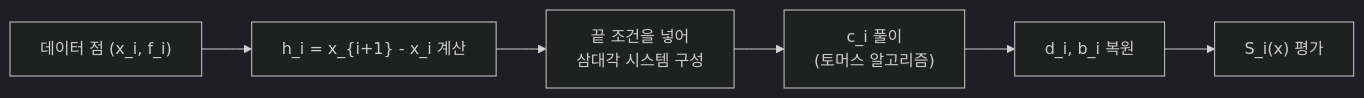
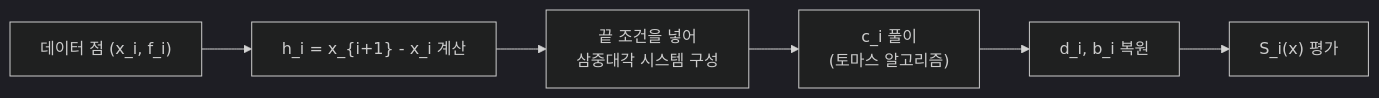
The diagram in Lecture-Notes/Ch18_Splines/Concepts_Lecture.ko.md (Choroning/26Spring_Numerical-Analysis), drawn with Mermaid (dark theme) before and after one commit. The commit also changed other lines of this file and 69 other files, not shown here.

````diff
--- a/Lecture-Notes/Ch18_Splines/Concepts_Lecture.ko.md
+++ b/Lecture-Notes/Ch18_Splines/Concepts_Lecture.ko.md
@@ -500,8 +500,8 @@
 ```mermaid
 flowchart LR
     A["데이터 점 (x_i, f_i)"] --> B["h_i = x_{i+1} - x_i 계산"]
-    B --> C["끝 조건을 넣어<br>삼대각 시스템 구성"]
-    C --> D["c_i 풀이<br>(토머스 알고리즘)"]
+    B --> C["끝 조건을 넣어<br>삼중대각 시스템 구성"]
+    C --> D["c_i 풀이<br>(토마스 알고리즘)"]
     D --> E["d_i, b_i 복원"]
     E --> F["S_i(x) 평가"]
 ```
````
